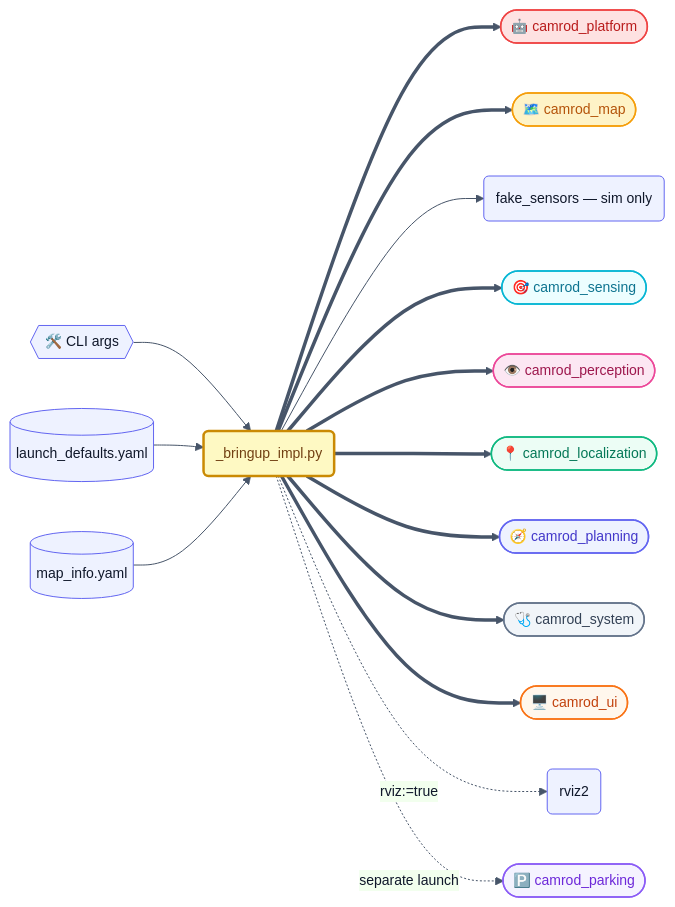
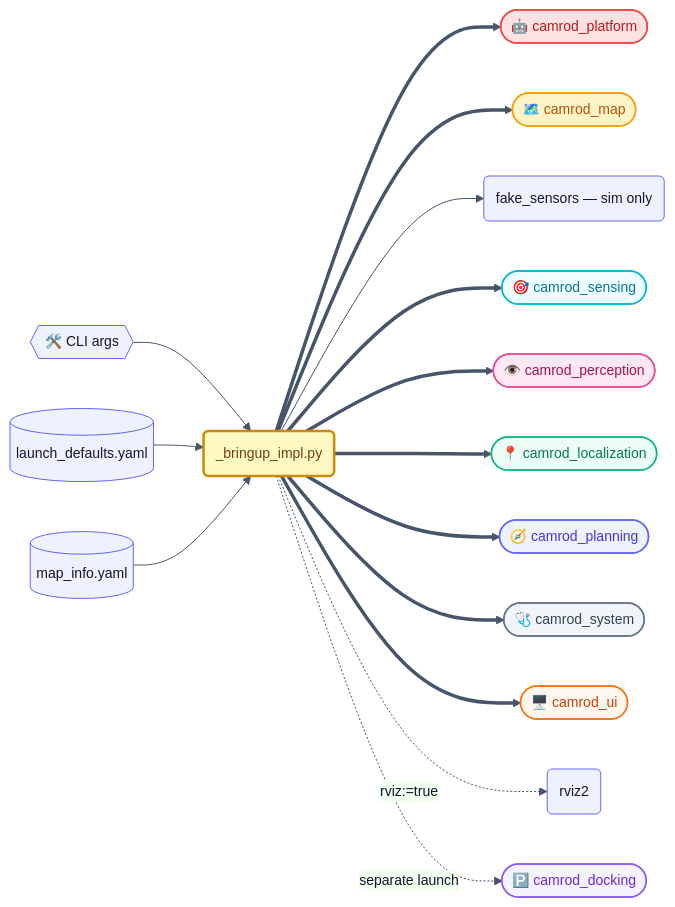
Before and after one commit to hwanhonglee/CAMROD: the first of 3 diagrams in camrod_bringup/README.md, drawn with Mermaid. The commit also changed other lines of this file and 12 other files, not shown here.

First line of the commit message:
docs(HH_260528): rename camrod_parking → camrod_docking across all READMEs

````diff
--- a/camrod_bringup/README.md
+++ b/camrod_bringup/README.md
@@ -48,42 +48,42 @@
 ```mermaid
 %%{init: {'theme': 'base', 'themeVariables': {'fontFamily': 'ui-sans-serif, system-ui, sans-serif', 'fontSize': '14px', 'primaryColor': '#EEF2FF', 'primaryTextColor': '#0F172A', 'primaryBorderColor': '#6366F1', 'lineColor': '#475569'}, 'flowchart': {'curve': 'basis', 'htmlLabels': true, 'padding': 12}}}%%
 graph LR
   classDef sensing      fill:#ECFEFF,stroke:#06B6D4,stroke-width:1.5px,color:#0E7490;
   classDef localization fill:#ECFDF5,stroke:#10B981,stroke-width:1.5px,color:#047857;
   classDef mapping      fill:#FEF3C7,stroke:#F59E0B,stroke-width:1.5px,color:#B45309;
   classDef perception   fill:#FCE7F3,stroke:#EC4899,stroke-width:1.5px,color:#9D174D;
   classDef planning     fill:#EEF2FF,stroke:#6366F1,stroke-width:1.5px,color:#4338CA;
   classDef platform     fill:#FEE2E2,stroke:#EF4444,stroke-width:1.5px,color:#B91C1C;
-  classDef parking      fill:#F5F3FF,stroke:#8B5CF6,stroke-width:1.5px,color:#6D28D9;
+  classDef docking      fill:#F5F3FF,stroke:#8B5CF6,stroke-width:1.5px,color:#6D28D9;
   classDef system       fill:#F1F5F9,stroke:#64748B,stroke-width:1.5px,color:#334155;
   classDef ui           fill:#FFF7ED,stroke:#F97316,stroke-width:1.5px,color:#C2410C;
   classDef config       fill:#FFFBEB,stroke:#D97706,stroke-width:1.5px,color:#92400E;
   classDef highlight    fill:#FEF9C3,stroke:#CA8A04,stroke-width:2.5px,color:#713F12;
 
   CLI{{🛠️ CLI args}} --> IMPL(_bringup_impl.py)
   DEF[(launch_defaults.yaml)] --> IMPL
   MAPINFO[(map_info.yaml)] --> IMPL
 
   IMPL ==> PLAT([🤖 camrod_platform])
   IMPL ==> MAP([🗺️ camrod_map])
   IMPL --> SIM(fake_sensors — sim only)
   IMPL ==> SENS([🎯 camrod_sensing])
   IMPL ==> PER([👁️ camrod_perception])
   IMPL ==> LOC([📍 camrod_localization])
   IMPL ==> PLAN([🧭 camrod_planning])
   IMPL ==> SYS([🩺 camrod_system])
   IMPL ==> UIPKG([🖥️ camrod_ui])
   IMPL -.->|rviz:=true| RVIZ(rviz2)
-  IMPL -.->|separate launch| PARK([🅿️ camrod_parking])
+  IMPL -.->|separate launch| PARK([🅿️ camrod_docking])
 
   class PLAT platform
   class MAP mapping
   class SENS sensing
   class PER perception
   class LOC localization
   class PLAN planning
   class SYS system
   class UIPKG ui
-  class PARK parking
+  class PARK docking
   class IMPL highlight
 ```
````
